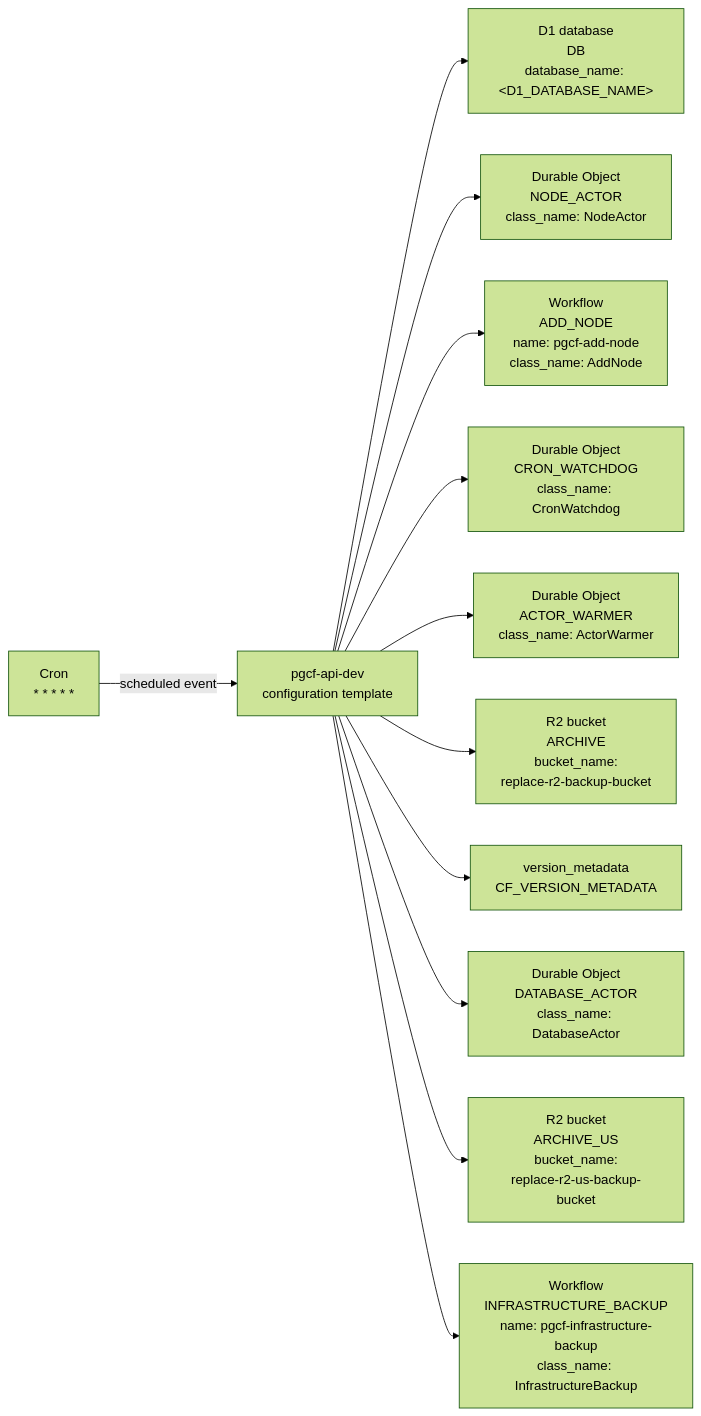
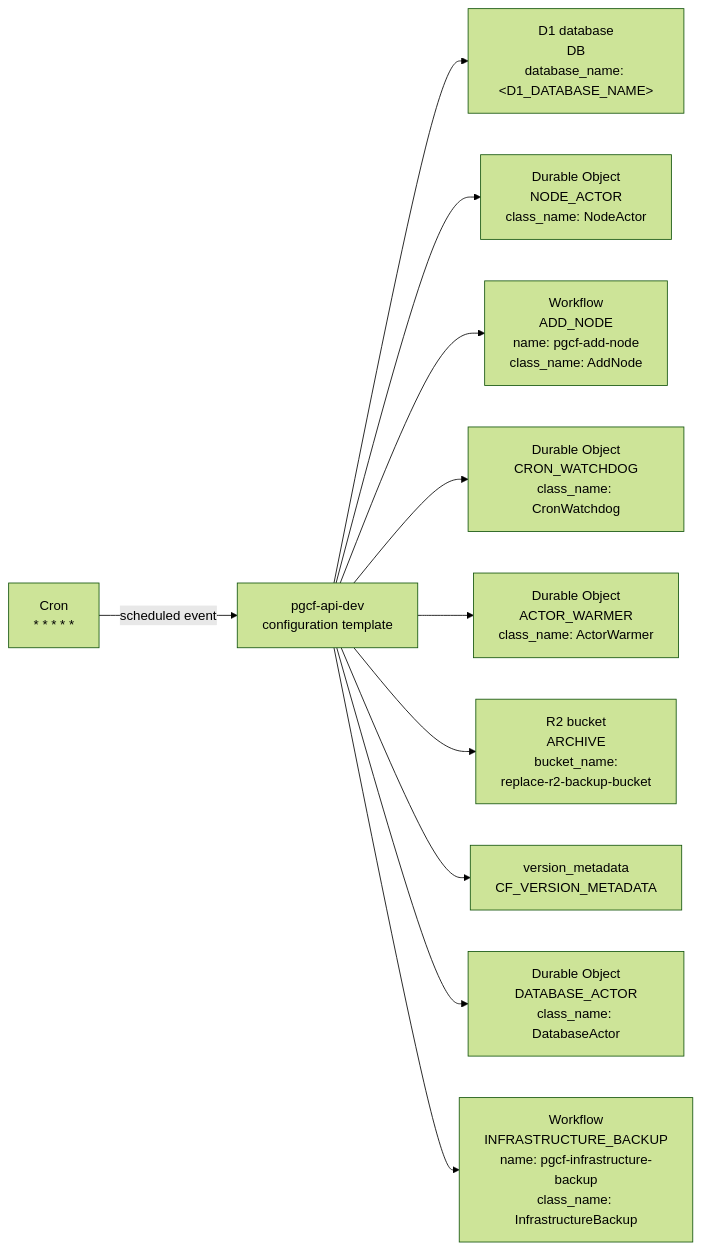
One commit to amerged-org/cloudflare-postgres changed the diagram in docs/architecture/mermaider/api-resources.md. Above: the diagram before and after it, drawn with Mermaid (forest theme). The commit also changed other lines of this file and 4 other files, not shown here.

First line of the commit message:
docs: record the W2-F rebase in the plan and regenerate the Mermaider diagrams

````diff
--- a/docs/architecture/mermaider/api-resources.md
+++ b/docs/architecture/mermaider/api-resources.md
@@ -9,26 +9,24 @@
 ```mermaid
 flowchart LR
     n_1d7911e4e1b9["Durable Object<br/>ACTOR_WARMER<br/>class_name: ActorWarmer"]
     n_839713e89618["Cron<br/>* * * * *"]
     n_f305dbc12c79["D1 database<br/>DB<br/>database_name: #60;D1_DATABASE_NAME#62;"]
     n_049ba2d64372["Workflow<br/>ADD_NODE<br/>name: pgcf-add-node<br/>class_name: AddNode"]
     n_36ffcdc5f79f["Workflow<br/>INFRASTRUCTURE_BACKUP<br/>name: pgcf-infrastructure-backup<br/>class_name: InfrastructureBackup"]
     n_85c654928d8c["version_metadata<br/>CF_VERSION_METADATA"]
     n_71083a5197e9["R2 bucket<br/>ARCHIVE<br/>bucket_name:<br/>replace-r2-backup-bucket"]
-    n_12eaf448c6b2["R2 bucket<br/>ARCHIVE_US<br/>bucket_name:<br/>replace-r2-us-backup-bucket"]
     n_056b63fe76be["Durable Object<br/>DATABASE_ACTOR<br/>class_name: DatabaseActor"]
     n_d0efe52f1f47["Durable Object<br/>CRON_WATCHDOG<br/>class_name: CronWatchdog"]
     n_7a30182df25a["pgcf-api-dev<br/>configuration template"]
     n_260ca5b8b289["Durable Object<br/>NODE_ACTOR<br/>class_name: NodeActor"]
     n_7a30182df25a --> n_f305dbc12c79
     n_7a30182df25a --> n_260ca5b8b289
     n_839713e89618 -->|"scheduled event"| n_7a30182df25a
     n_7a30182df25a --> n_049ba2d64372
     n_7a30182df25a --> n_d0efe52f1f47
     n_7a30182df25a --> n_1d7911e4e1b9
     n_7a30182df25a --> n_71083a5197e9
     n_7a30182df25a --> n_85c654928d8c
     n_7a30182df25a --> n_056b63fe76be
-    n_7a30182df25a --> n_12eaf448c6b2
     n_7a30182df25a --> n_36ffcdc5f79f
 ```
````
